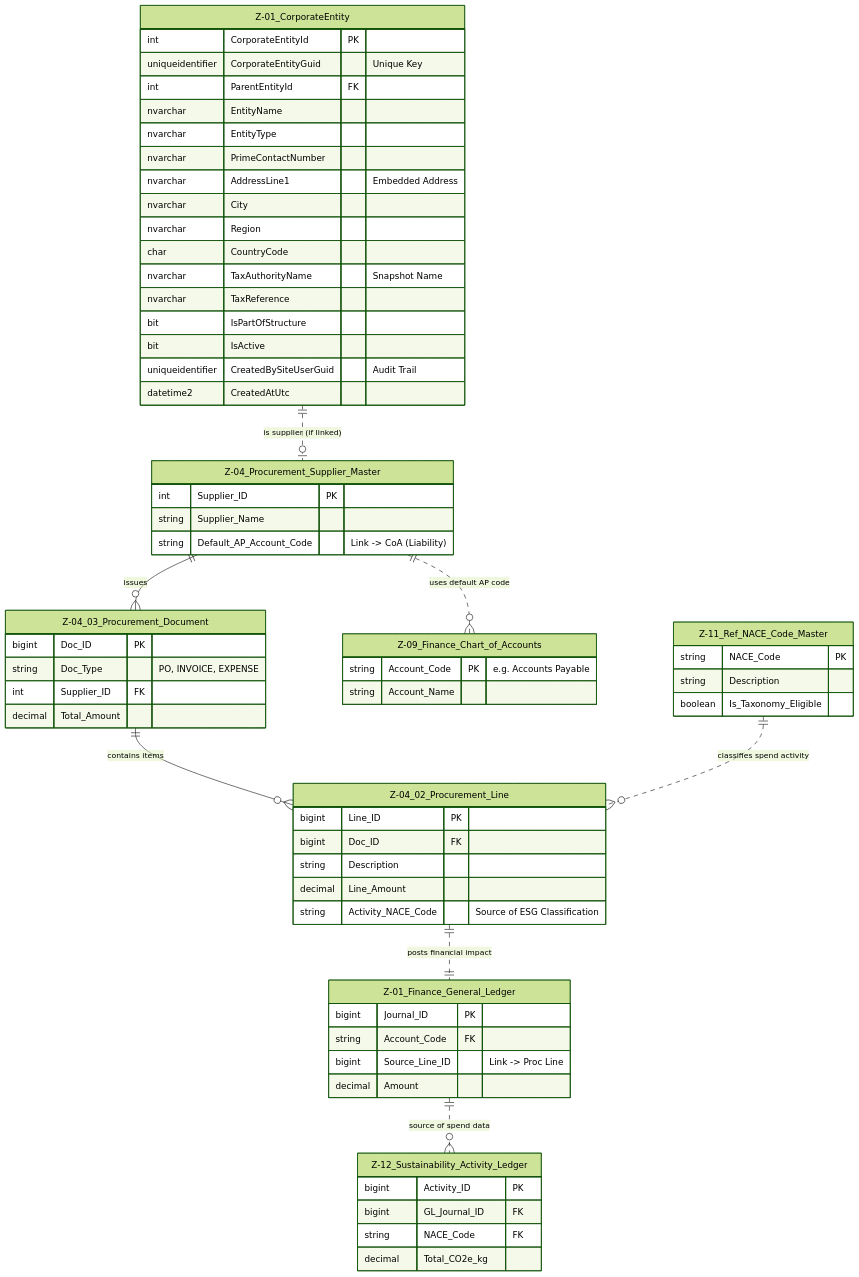
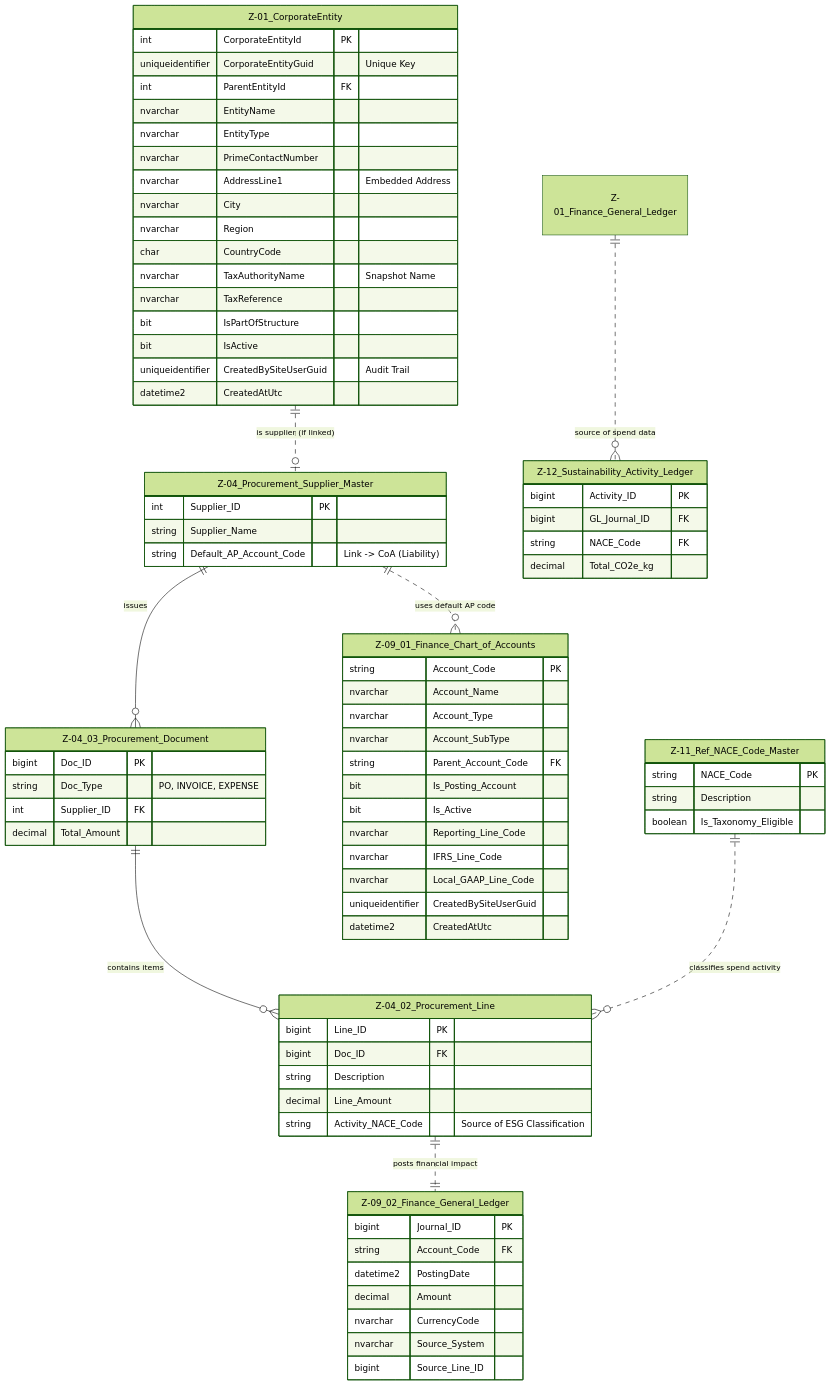
The diagram in 003 DETAILED SPECIFICATIONS IS09001/Z- Data Entites/Z-04 Procurement_Overview.md (NeilWP/SUSTINA_CAB), drawn with Mermaid (forest theme) before and after one commit. The commit also changed 6 other files, not shown here.

Commit message:
Financial domain  erd diagrams and overview

```diff
--- a/003 DETAILED SPECIFICATIONS IS09001/Z- Data Entites/Z-04 Procurement_Overview.md
+++ b/003 DETAILED SPECIFICATIONS IS09001/Z- Data Entites/Z-04 Procurement_Overview.md
@@ -40,9 +40,19 @@
         string Default_AP_Account_Code "Link -> CoA (Liability)"
     }
 
-    Z-09_Finance_Chart_of_Accounts {
-        string Account_Code PK "e.g. Accounts Payable"
-        string Account_Name
+    Z-09_01_Finance_Chart_of_Accounts {
+        string Account_Code PK
+        nvarchar Account_Name
+        nvarchar Account_Type
+        nvarchar Account_SubType
+        string Parent_Account_Code FK
+        bit Is_Posting_Account
+        bit Is_Active
+        nvarchar Reporting_Line_Code
+        nvarchar IFRS_Line_Code
+        nvarchar Local_GAAP_Line_Code
+        uniqueidentifier CreatedBySiteUserGuid
+        datetime2 CreatedAtUtc
     }
     
     Z-11_Ref_NACE_Code_Master {
@@ -54,11 +64,14 @@
     %% ==========================================
     %% 3. REPORTING LEDGERS
     %% ==========================================
-    Z-01_Finance_General_Ledger {
+    Z-09_02_Finance_General_Ledger {
         bigint Journal_ID PK
         string Account_Code FK
-        bigint Source_Line_ID "Link -> Proc Line"
+        datetime2 PostingDate
         decimal Amount
+        nvarchar CurrencyCode
+        nvarchar Source_System
+        bigint Source_Line_ID
     }
     
     Z-12_Sustainability_Activity_Ledger {
@@ -78,10 +91,10 @@
     
     %% B. Financial Reporting Links
     %% B1: Supplier sets the default AP account
-    Z-04_Procurement_Supplier_Master ||..o{ Z-09_Finance_Chart_of_Accounts : "uses default AP code"
+    Z-04_Procurement_Supplier_Master ||..o{ Z-09_01_Finance_Chart_of_Accounts : "uses default AP code"
 
     %% B2: The Line posts to the GL
-    Z-04_02_Procurement_Line ||..|| Z-01_Finance_General_Ledger : "posts financial impact"
+    Z-04_02_Procurement_Line ||..|| Z-09_02_Finance_General_Ledger : "posts financial impact"
     
     %% C. Activity Reporting (The ESG Connection)
     %% C1: The NACE Master classifies the Line Item
```
